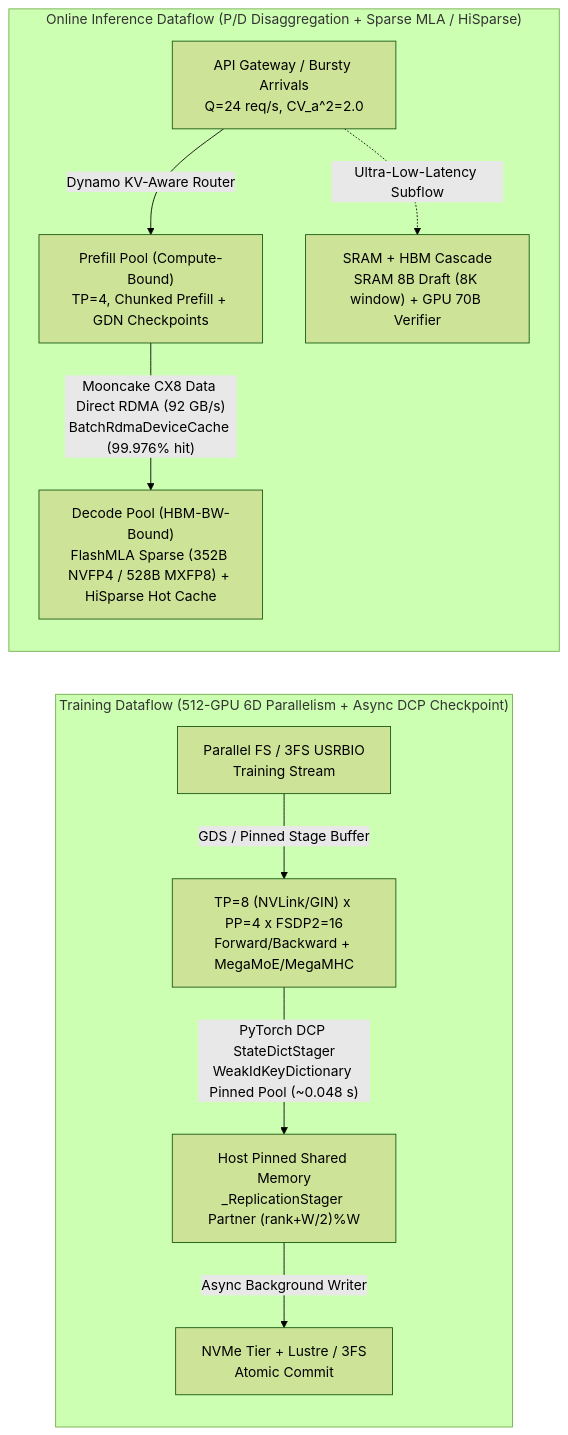
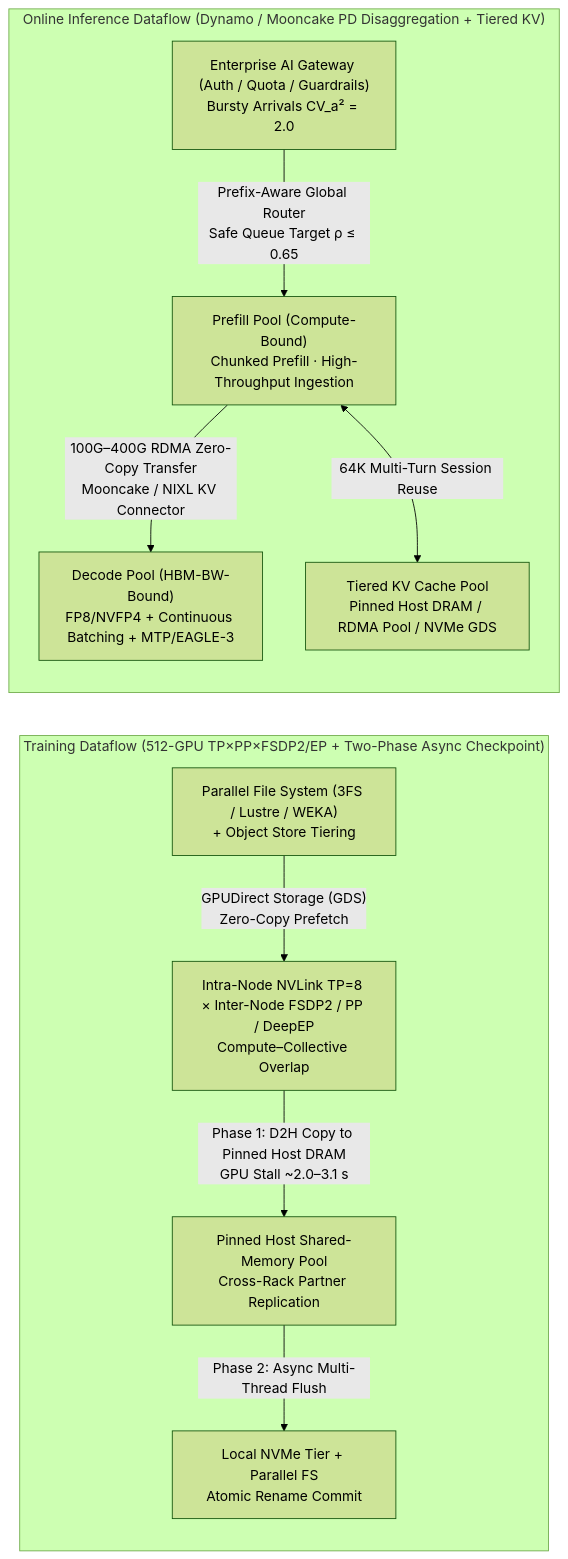
Before and after one commit to turbo998/ai-infra-research: the first of 3 diagrams in docs/architectures/end-to-end-ai-infra-case.en.md, drawn with Mermaid (forest theme). The commit also changed other lines of this file and 6333 other files, not shown here.

````diff
--- a/docs/architectures/end-to-end-ai-infra-case.en.md
+++ b/docs/architectures/end-to-end-ai-infra-case.en.md
@@ -31,14 +26,14 @@
 ```mermaid
 flowchart LR
-    subgraph TrainPath["Training Dataflow (512-GPU 6D Parallelism + Async DCP Checkpoint)"]
-        DS["Parallel FS / 3FS USRBIO<br/>Training Stream"] -->|"GDS / Pinned Stage Buffer"| FSDP["TP=8 (NVLink/GIN) x PP=4 x FSDP2=16<br/>Forward/Backward + MegaMoE/MegaMHC"]
-        FSDP -->|"PyTorch DCP StateDictStager<br/>WeakIdKeyDictionary Pinned Pool (~0.048 s)"| Pinned["Host Pinned Shared Memory<br/>_ReplicationStager Partner (rank+W/2)%W"]
-        Pinned -->|"Async Background Writer"| Lustre["NVMe Tier + Lustre / 3FS<br/>Atomic Commit"]
+    subgraph TrainPath["Training Dataflow (512-GPU TP×PP×FSDP2/EP + Two-Phase Async Checkpoint)"]
+        DS["Parallel File System (3FS / Lustre / WEKA)<br/>+ Object Store Tiering"] -->|"GPUDirect Storage (GDS)<br/>Zero-Copy Prefetch"| TrainPool["Intra-Node NVLink TP=8 × Inter-Node FSDP2 / PP / DeepEP<br/>Compute–Collective Overlap"]
+        TrainPool -->|"Phase 1: D2H Copy to Pinned Host DRAM<br/>GPU Stall ~2.0–3.1 s"| Pinned["Pinned Host Shared-Memory Pool<br/>Cross-Rack Partner Replication"]
+        Pinned -->|"Phase 2: Async Multi-Thread Flush"| NVMeFS["Local NVMe Tier + Parallel FS<br/>Atomic Rename Commit"]
     end
 
-    subgraph InferPath["Online Inference Dataflow (P/D Disaggregation + Sparse MLA / HiSparse)"]
-        Client["API Gateway / Bursty Arrivals<br/>Q=24 req/s, CV_a^2=2.0"] -->|"Dynamo KV-Aware Router"| Prefill["Prefill Pool (Compute-Bound)<br/>TP=4, Chunked Prefill + GDN Checkpoints"]
-        Prefill -->|"Mooncake CX8 Data Direct RDMA (92 GB/s)<br/>BatchRdmaDeviceCache (99.976% hit)"| Decode["Decode Pool (HBM-BW-Bound)<br/>FlashMLA Sparse (352B NVFP4 / 528B MXFP8) + HiSparse Hot Cache"]
-        Client -.->|"Ultra-Low-Latency Subflow"| Innovator["SRAM + HBM Cascade<br/>SRAM 8B Draft (8K window) + GPU 70B Verifier"]
+    subgraph InferPath["Online Inference Dataflow (Dynamo / Mooncake PD Disaggregation + Tiered KV)"]
+        Client["Enterprise AI Gateway (Auth / Quota / Guardrails)<br/>Bursty Arrivals CV_a² = 2.0"] -->|"Prefix-Aware Global Router<br/>Safe Queue Target ρ ≤ 0.65"| Prefill["Prefill Pool (Compute-Bound)<br/>Chunked Prefill · High-Throughput Ingestion"]
+        Prefill -->|"100G–400G RDMA Zero-Copy Transfer<br/>Mooncake / NIXL KV Connector"| Decode["Decode Pool (HBM-BW-Bound)<br/>FP8/NVFP4 + Continuous Batching + MTP/EAGLE-3"]
+        Prefill <-->|"64K Multi-Turn Session Reuse"| KVPool["Tiered KV Cache Pool<br/>Pinned Host DRAM / RDMA Pool / NVMe GDS"]
     end
 ```
````
